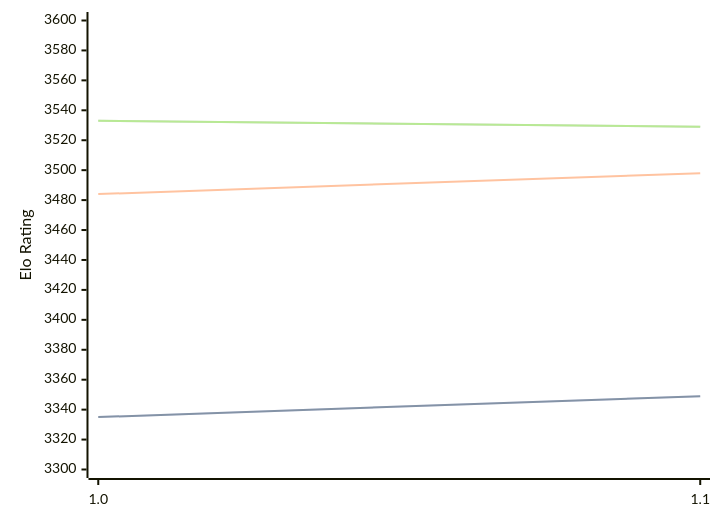
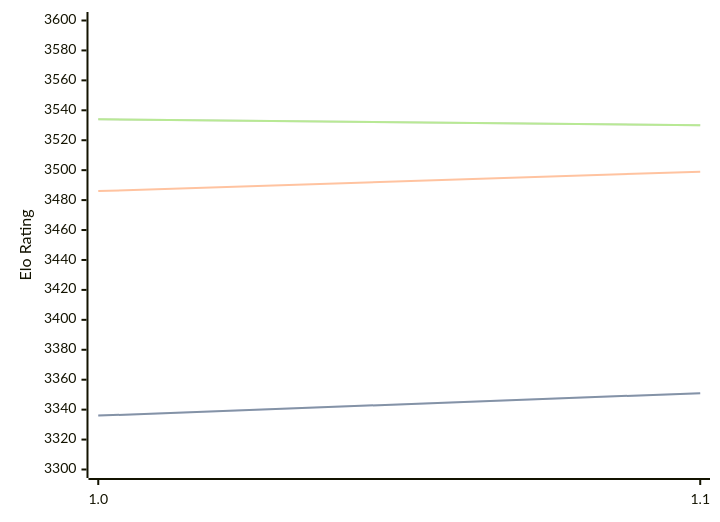
The diagram in engines/Horsie.md (computer-chess-index/cci), drawn with Mermaid before and after one commit. The commit also changed other lines of this file, not shown here.

Commit message:
Update CCI Ratings (ELO VLTC) - 2026-08-26

````diff
--- a/engines/Horsie.md
+++ b/engines/Horsie.md
@@ -32,11 +32,11 @@
 ```mermaid
 %%{init: {"theme":"base","themeVariables":{"seriesColors:['#a3a3a3','#222221','#faa371']}}}%%
 xychart-beta
   x-axis ["1.0", "1.1"]
   y-axis "Elo Rating" 3300 --> 3600
-  line "STC (8.0+0.08s)" [3335, 3349]
-  line "STC (8.0+0.08s)" [3335, 3349]
-  line "LTC (60.0+0.60s)" [3484, 3498]
-  line "VLTC (2m24s+1.12s)" [3533, 3529]
-  line "VLTC (2m24s+1.12s)" [3533, 3529]
+  line "STC (8.0+0.08s)" [3336, 3351]
+  line "STC (8.0+0.08s)" [3336, 3351]
+  line "LTC (60.0+0.60s)" [3486, 3499]
+  line "VLTC (2m24s+1.12s)" [3534, 3530]
+  line "VLTC (2m24s+1.12s)" [3534, 3530]
 ```
````
